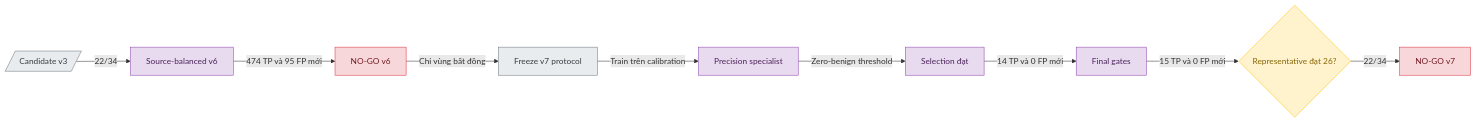
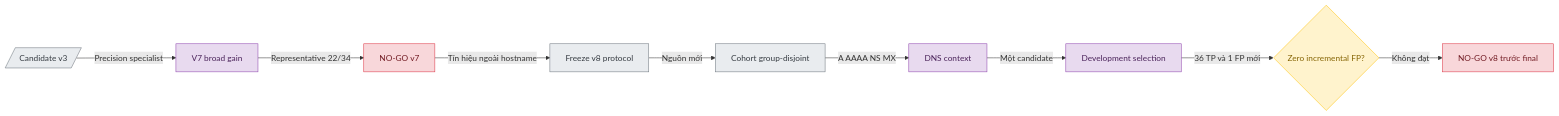
Before and after one commit to vmcchooky/safe-zone: the diagram in docs/research/ml/representative-false-negative-analysis.md, drawn with Mermaid. The commit also changed other lines of this file and 6 other files, not shown here.

Commit message:
ml(v8): evaluate DNS context feasibility

````diff
--- a/docs/research/ml/representative-false-negative-analysis.md
+++ b/docs/research/ml/representative-false-negative-analysis.md
@@ -12,20 +12,20 @@
 ```mermaid
 flowchart LR
-    A[/Candidate v3/] -->|22/34| B[Source-balanced v6]
-    B -->|474 TP và 95 FP mới| C[NO-GO v6]
-    C -->|Chỉ vùng bất đồng| D[Freeze v7 protocol]
-    D -->|Train trên calibration| E[Precision specialist]
-    E -->|Zero-benign threshold| F[Selection đạt]
-    F -->|14 TP và 0 FP mới| G[Final gates]
-    G -->|15 TP và 0 FP mới| H{Representative đạt 26?}
-    H -->|22/34| I[NO-GO v7]
+    A[/Candidate v3/] -->|Precision specialist| B[V7 broad gain]
+    B -->|Representative 22/34| C[NO-GO v7]
+    C -->|Tín hiệu ngoài hostname| D[Freeze v8 protocol]
+    D -->|Nguồn mới| E[Cohort group-disjoint]
+    E -->|A AAAA NS MX| F[DNS context]
+    F -->|Một candidate| G[Development selection]
+    G -->|36 TP và 1 FP mới| H{Zero incremental FP?}
+    H -->|Không đạt| I[NO-GO v8 trước final]
 
     classDef input fill:#E9ECEF,stroke:#6C757D,color:#343A40
     classDef ai fill:#E8DAEF,stroke:#8E44AD,color:#4A235A
     classDef decision fill:#FFF3CD,stroke:#FFC107,color:#856404
     classDef blocked fill:#F8D7DA,stroke:#DC3545,color:#721C24
-    class A,D input
-    class B,E,F,G ai
+    class A,D,E input
+    class B,F,G ai
     class H decision
     class C,I blocked
 ```
````
